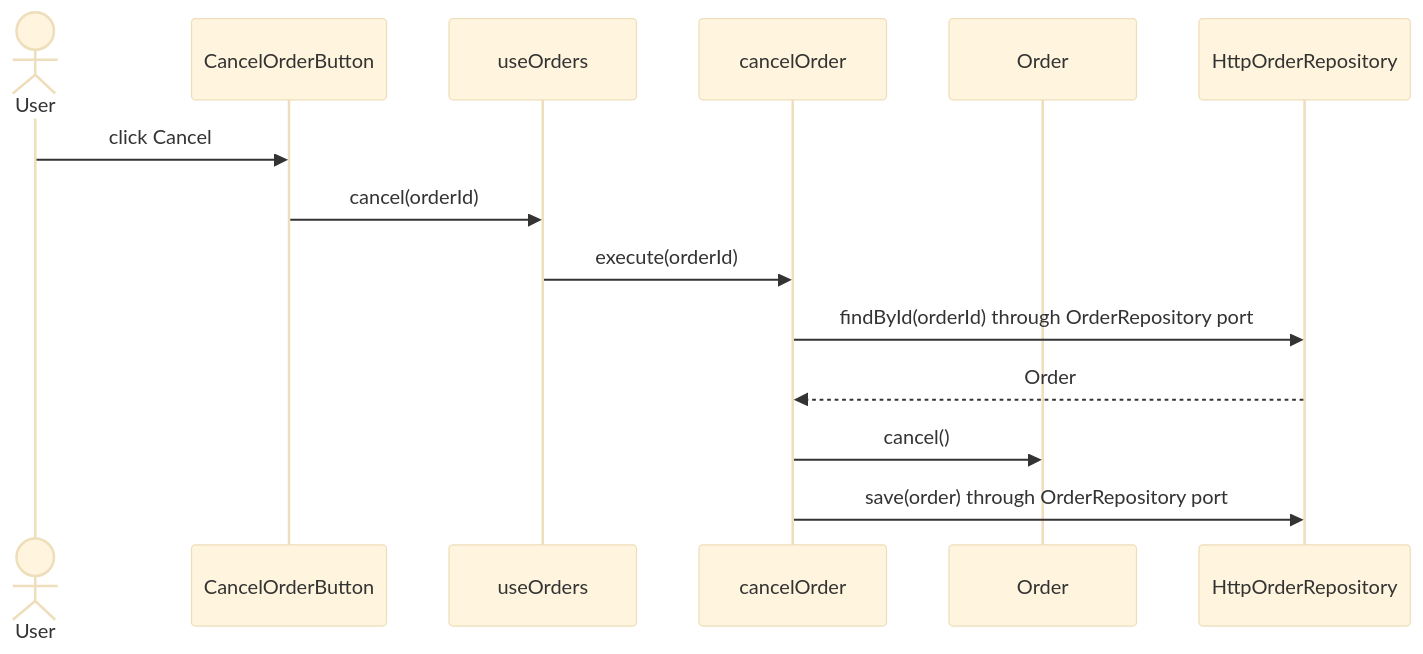
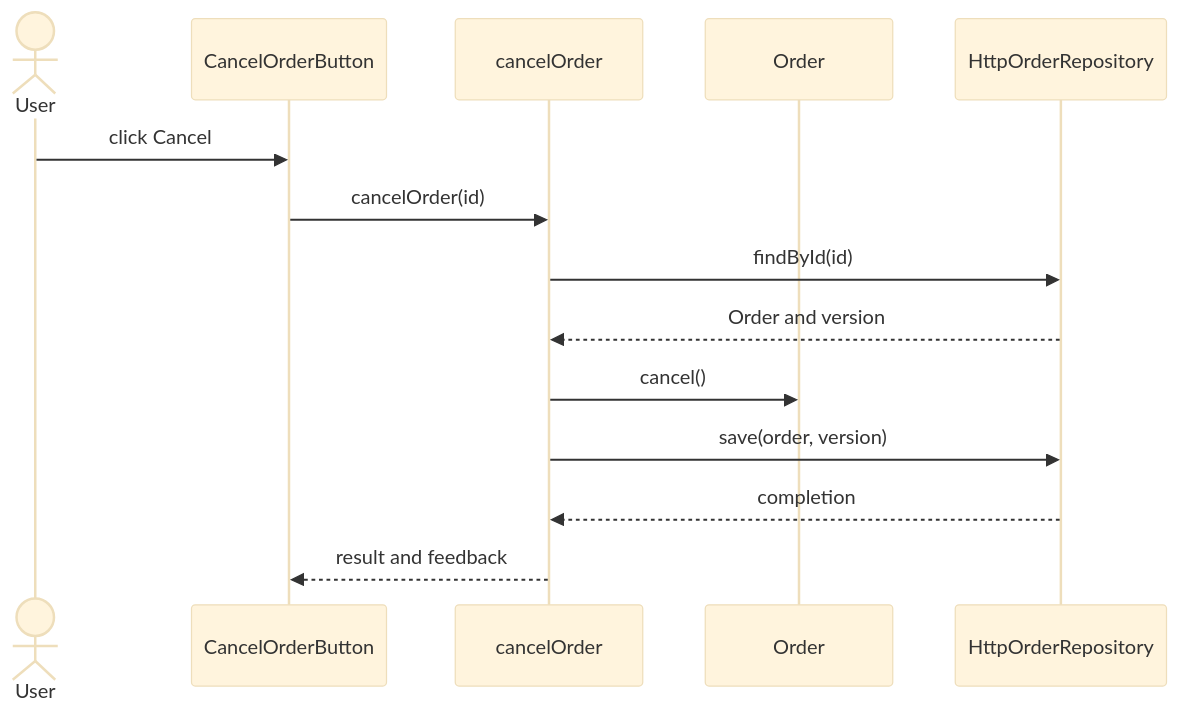
One commit to AndresTaoFlorez/software-architecture changed the sixth of 7 diagrams in onion-architecture/README.md. Above: the diagram before and after it, drawn with Mermaid (base theme). The commit also changed other lines of this file and 7 other files, not shown here.

````diff
--- a/onion-architecture/README.md
+++ b/onion-architecture/README.md
@@ -222,17 +252,16 @@
 ```mermaid
 sequenceDiagram
     actor User
     participant View as CancelOrderButton
-    participant VM as useOrders
     participant UC as cancelOrder
-    participant Order as Order
+    participant Order
     participant Adapter as HttpOrderRepository
-
     User->>View: click Cancel
-    View->>VM: cancel(orderId)
-    VM->>UC: execute(orderId)
-    UC->>Adapter: findById(orderId) through OrderRepository port
-    Adapter-->>UC: Order
+    View->>UC: cancelOrder(id)
+    UC->>Adapter: findById(id)
+    Adapter-->>UC: Order and version
     UC->>Order: cancel()
-    UC->>Adapter: save(order) through OrderRepository port
+    UC->>Adapter: save(order, version)
+    Adapter-->>UC: completion
+    UC-->>View: result and feedback
 ```
````
